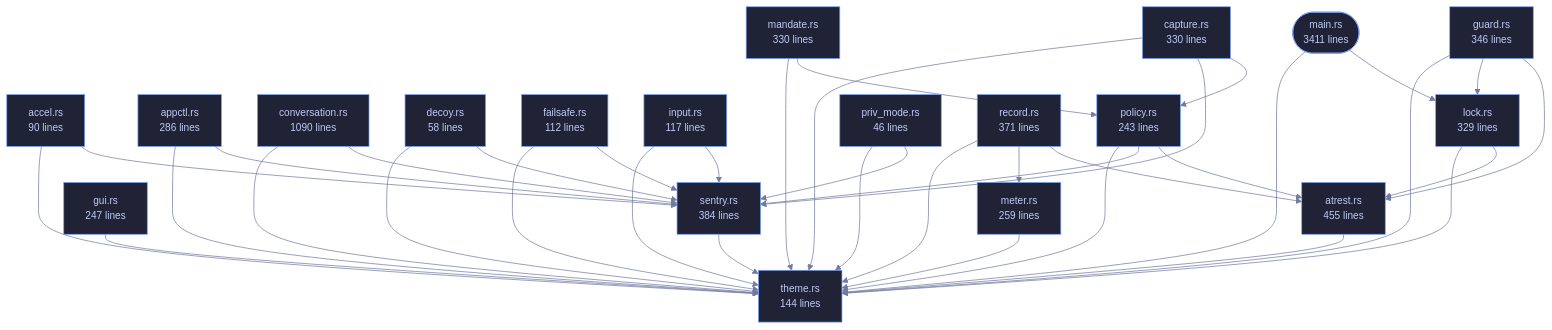
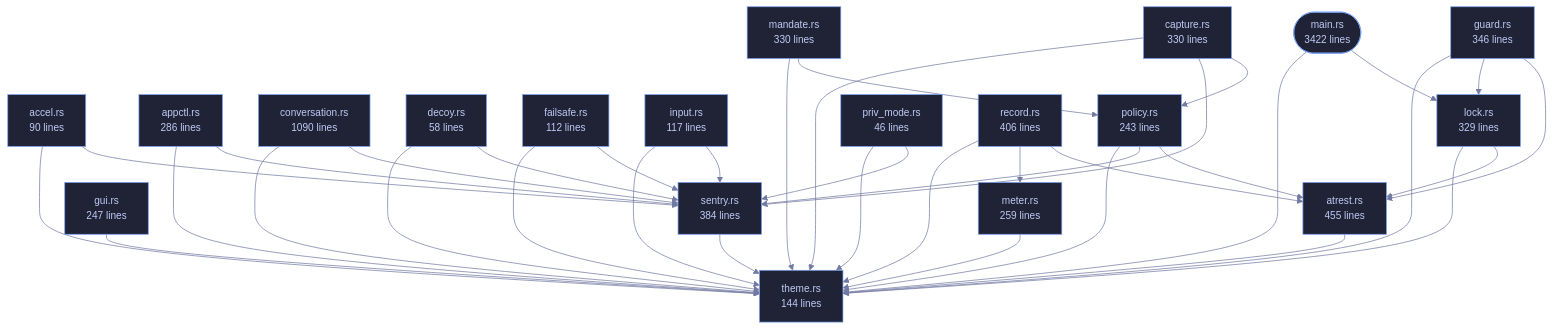
One commit to tilas01/veilvoice changed the diagram in wiki/Crate-veilvoice-cli.md. Above: the diagram before and after it, drawn with Mermaid. The commit also changed other lines of this file and 61 other files, not shown here.

````diff
--- a/wiki/Crate-veilvoice-cli.md
+++ b/wiki/Crate-veilvoice-cli.md
@@ -97,78 +97,78 @@
 ```mermaid
 %%{init: {"theme":"base","themeVariables":{"background":"#1a1b26","primaryColor":"#1f2335","primaryTextColor":"#c0caf5","primaryBorderColor":"#7aa2f7","secondaryColor":"#16161e","tertiaryColor":"#16161e","lineColor":"#737aa2","textColor":"#c0caf5","mainBkg":"#1f2335","nodeBorder":"#7aa2f7","clusterBkg":"#16161e","clusterBorder":"#2f3549","fontFamily":"ui-monospace, SFMono-Regular, Consolas, monospace","fontSize":"14px"}}}%%
 flowchart TD
-    n_main(["main.rs<br/>3411 lines"])
+    n_main(["main.rs<br/>3422 lines"])
     n_accel["accel.rs<br/>90 lines"]
     n_appctl["appctl.rs<br/>286 lines"]
     n_atrest["atrest.rs<br/>455 lines"]
     n_capture["capture.rs<br/>330 lines"]
     n_conversation["conversation.rs<br/>1090 lines"]
     n_decoy["decoy.rs<br/>58 lines"]
     n_failsafe["failsafe.rs<br/>112 lines"]
     n_guard["guard.rs<br/>346 lines"]
     n_gui["gui.rs<br/>247 lines"]
     n_input["input.rs<br/>117 lines"]
     n_lock["lock.rs<br/>329 lines"]
     n_mandate["mandate.rs<br/>330 lines"]
     n_meter["meter.rs<br/>259 lines"]
     n_policy["policy.rs<br/>243 lines"]
     n_priv_mode["priv_mode.rs<br/>46 lines"]
-    n_record["record.rs<br/>371 lines"]
+    n_record["record.rs<br/>406 lines"]
     n_sentry["sentry.rs<br/>384 lines"]
     n_theme["theme.rs<br/>144 lines"]
     n_accel --> n_sentry
     n_accel --> n_theme
     n_appctl --> n_sentry
     n_appctl --> n_theme
     n_atrest --> n_theme
     n_capture --> n_policy
     n_capture --> n_sentry
     n_capture --> n_theme
     n_conversation --> n_sentry
     n_conversation --> n_theme
     n_decoy --> n_sentry
     n_decoy --> n_theme
     n_failsafe --> n_sentry
     n_failsafe --> n_theme
     n_guard --> n_atrest
     n_guard --> n_lock
     n_guard --> n_theme
     n_gui --> n_theme
     n_input --> n_sentry
     n_input --> n_theme
     n_lock --> n_atrest
     n_lock --> n_theme
     n_main --> n_lock
     n_main --> n_theme
     n_mandate --> n_policy
     n_mandate --> n_theme
     n_meter --> n_theme
     n_policy --> n_atrest
     n_policy --> n_sentry
     n_policy --> n_theme
     n_priv_mode --> n_sentry
     n_priv_mode --> n_theme
     n_record --> n_atrest
     n_record --> n_meter
     n_record --> n_theme
     n_sentry --> n_theme
     click n_main href "https://github.com/tilas01/veilvoice/blob/main/crates/veilvoice-cli/src/main.rs" "open the source"
     click n_accel href "https://github.com/tilas01/veilvoice/blob/main/crates/veilvoice-cli/src/accel.rs" "open the source"
     click n_appctl href "https://github.com/tilas01/veilvoice/blob/main/crates/veilvoice-cli/src/appctl.rs" "open the source"
     click n_atrest href "https://github.com/tilas01/veilvoice/blob/main/crates/veilvoice-cli/src/atrest.rs" "open the source"
     click n_capture href "https://github.com/tilas01/veilvoice/blob/main/crates/veilvoice-cli/src/capture.rs" "open the source"
     click n_conversation href "https://github.com/tilas01/veilvoice/blob/main/crates/veilvoice-cli/src/conversation.rs" "open the source"
     click n_decoy href "https://github.com/tilas01/veilvoice/blob/main/crates/veilvoice-cli/src/decoy.rs" "open the source"
     click n_failsafe href "https://github.com/tilas01/veilvoice/blob/main/crates/veilvoice-cli/src/failsafe.rs" "open the source"
     click n_guard href "https://github.com/tilas01/veilvoice/blob/main/crates/veilvoice-cli/src/guard.rs" "open the source"
     click n_gui href "https://github.com/tilas01/veilvoice/blob/main/crates/veilvoice-cli/src/gui.rs" "open the source"
     click n_input href "https://github.com/tilas01/veilvoice/blob/main/crates/veilvoice-cli/src/input.rs" "open the source"
     click n_lock href "https://github.com/tilas01/veilvoice/blob/main/crates/veilvoice-cli/src/lock.rs" "open the source"
     click n_mandate href "https://github.com/tilas01/veilvoice/blob/main/crates/veilvoice-cli/src/mandate.rs" "open the source"
     click n_meter href "https://github.com/tilas01/veilvoice/blob/main/crates/veilvoice-cli/src/meter.rs" "open the source"
     click n_policy href "https://github.com/tilas01/veilvoice/blob/main/crates/veilvoice-cli/src/policy.rs" "open the source"
     click n_priv_mode href "https://github.com/tilas01/veilvoice/blob/main/crates/veilvoice-cli/src/priv_mode.rs" "open the source"
     click n_record href "https://github.com/tilas01/veilvoice/blob/main/crates/veilvoice-cli/src/record.rs" "open the source"
     click n_sentry href "https://github.com/tilas01/veilvoice/blob/main/crates/veilvoice-cli/src/sentry.rs" "open the source"
     click n_theme href "https://github.com/tilas01/veilvoice/blob/main/crates/veilvoice-cli/src/theme.rs" "open the source"
 ```
````
